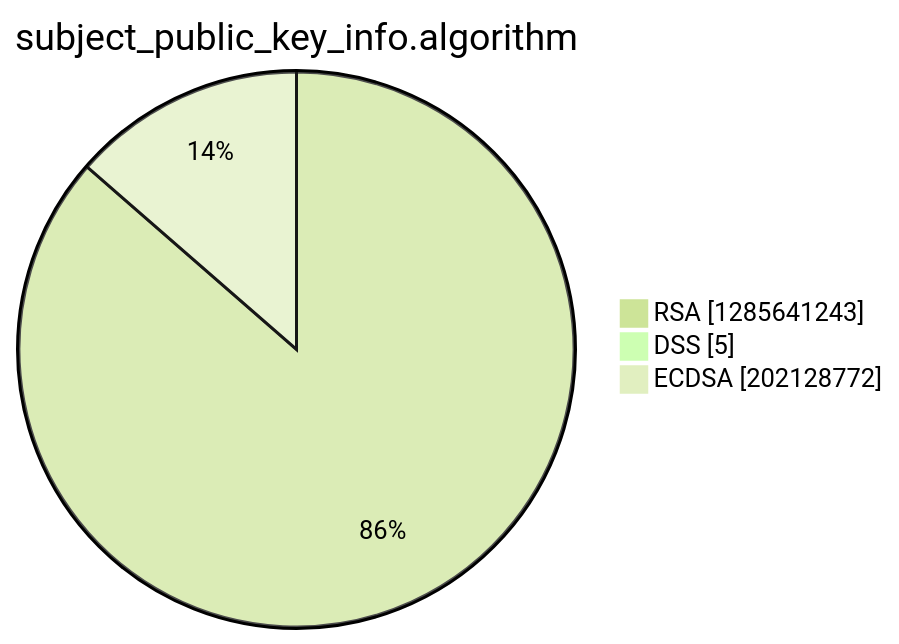
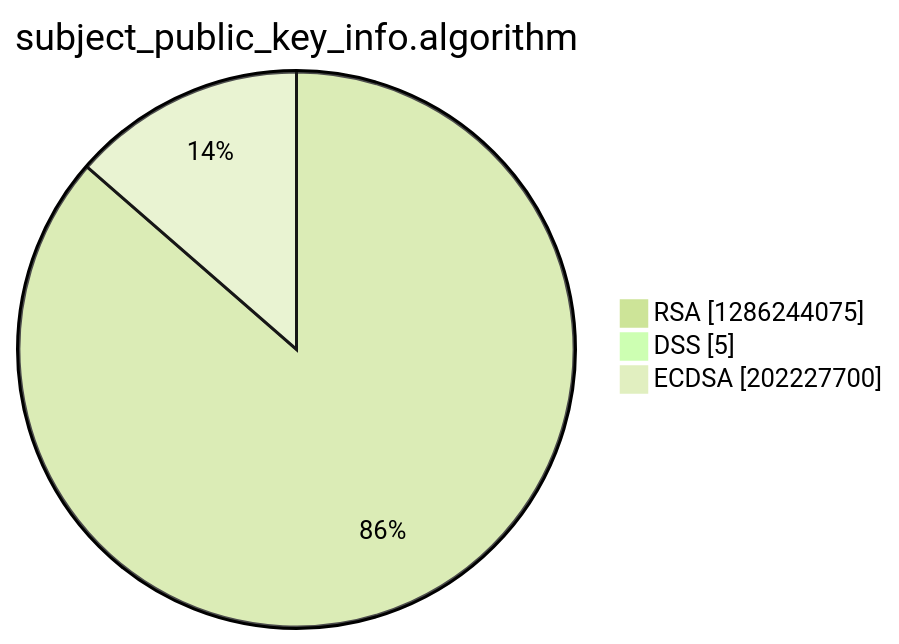
Before and after one commit to christiankrug/ctmonitor_visualization: the third of 15 diagrams in argon2022/README.md, drawn with Mermaid (forest theme). The commit also changed other lines of this file, not shown here.

````diff
--- a/argon2022/README.md
+++ b/argon2022/README.md
@@ -14,7 +14,7 @@
 ```mermaid
 pie showData
 title subject_public_key_info.algorithm
-"RSA" :1285641243
+"RSA" :1286244075
 "DSS" :5
-"ECDSA" :202128772
+"ECDSA" :202227700
 ```
````
